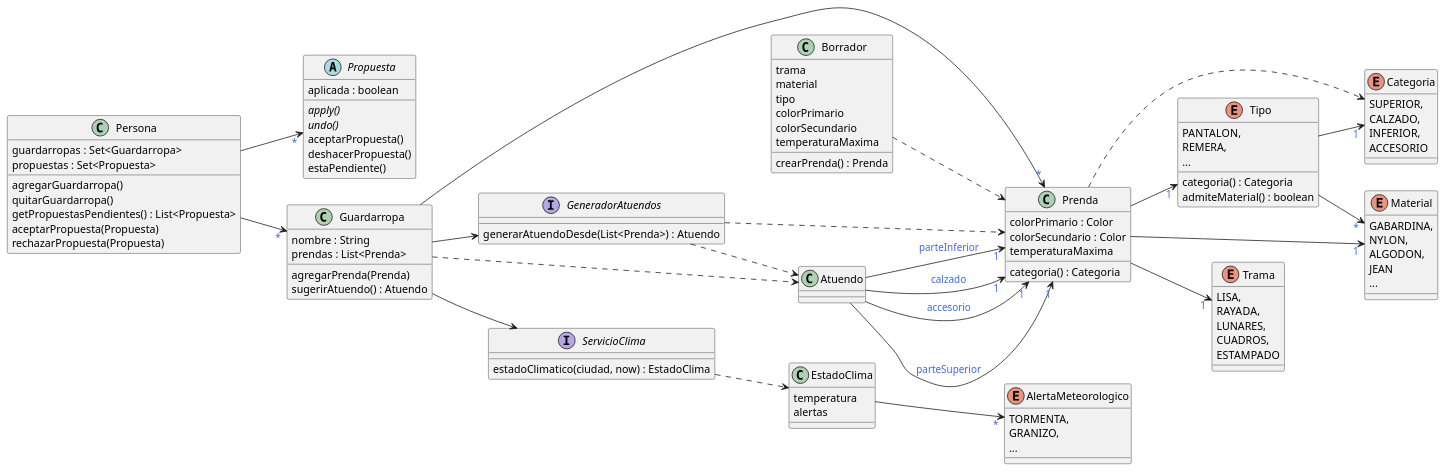
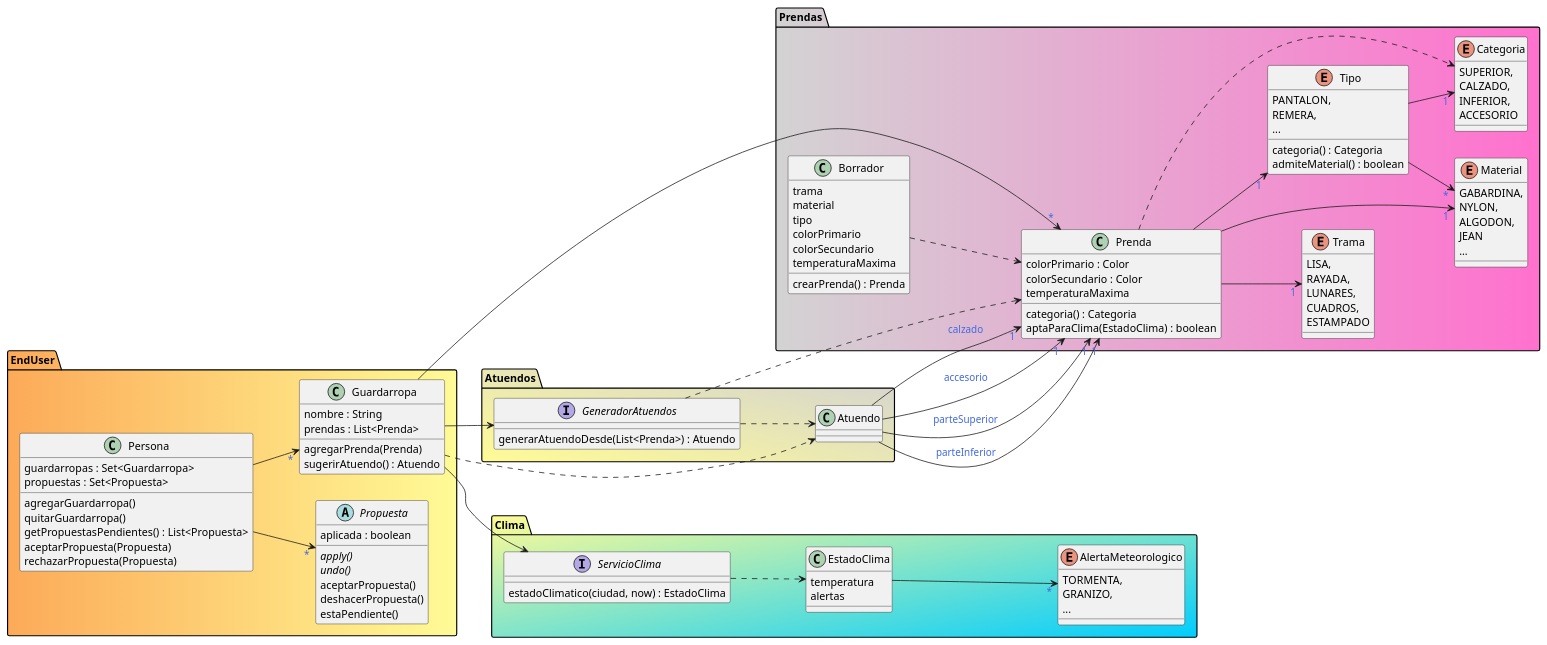
The diagram in assets/qmp.puml (ariel-/tp-dds-qmp), drawn with PlantUML before and after one commit.

Commit message:
Agrupo en unidades semánticas. Coloritoz!!!

```diff
--- a/assets/qmp.puml
+++ b/assets/qmp.puml
@@ -1,140 +1,147 @@
 @startuml
 left to right direction
 skinparam backgroundColor transparent
 skinparam arrowFontColor royalblue
 
-together {
-    class Prenda {
-        colorPrimario : Color
-        colorSecundario : Color
-        temperaturaMaxima
-        categoria() : Categoria
-    }
-
+package "Prendas" #lightgray|FF71CE {
     enum Trama {
         LISA,
         RAYADA,
         LUNARES,
         CUADROS,
         ESTAMPADO
     }
 
     enum Material {
         GABARDINA,
         NYLON,
         ALGODON,
         JEAN
         ...
     }
 
     enum Tipo {
         PANTALON,
         REMERA,
         ...
 
         categoria() : Categoria
         admiteMaterial() : boolean
     }
 
     enum Categoria {
         SUPERIOR,
         CALZADO,
         INFERIOR,
         ACCESORIO
     }
 
+    class Prenda {
+        colorPrimario : Color
+        colorSecundario : Color
+        temperaturaMaxima
+        categoria() : Categoria
+        aptaParaClima(EstadoClima) : boolean
+    }
+
+    class Borrador {
+        trama
+        material
+        tipo
+        colorPrimario
+        colorSecundario
+        temperaturaMaxima
+
+        crearPrenda() : Prenda
+    }
+
     Prenda --> "1" Material
     Prenda --> "1" Trama
     Prenda --> "1" Tipo
 
     Prenda ..> Categoria
 
     Tipo --> "1" Categoria
     Tipo --> "*" Material
+
+    Borrador ..> Prenda
 }
 
-class Borrador {
-    trama
-    material
-    tipo
-    colorPrimario
-    colorSecundario
-    temperaturaMaxima
+package "Atuendos" #FFFB96\lightgray {
+    interface GeneradorAtuendos {
+        generarAtuendoDesde(List<Prenda>) : Atuendo
+    }
 
-    crearPrenda() : Prenda
+    class Atuendo {
+    }
+
+    Atuendo --> "1" Prenda : parteSuperior
+    Atuendo --> "1" Prenda : parteInferior
+    Atuendo --> "1" Prenda : calzado
+    Atuendo --> "1" Prenda : accesorio
+
+    GeneradorAtuendos ..> Prenda
+    GeneradorAtuendos ..> Atuendo
 }
 
-interface GeneradorAtuendos {
-    generarAtuendoDesde(List<Prenda>) : Atuendo
+package "Clima" #FFFB96/01CDFE {
+    enum AlertaMeteorologico {
+        TORMENTA,
+        GRANIZO,
+        ...
+    }
+
+    class EstadoClima {
+        temperatura
+        alertas
+    }
+
+    interface ServicioClima {
+        estadoClimatico(ciudad, now) : EstadoClima
+    }
+
+    EstadoClima --> "*" AlertaMeteorologico
+
+    ServicioClima ..> EstadoClima
 }
 
-class Atuendo {
+package "EndUser" #FCAA58|FFFB96 {
+    class Persona {
+        guardarropas : Set<Guardarropa>
+        propuestas : Set<Propuesta>
+
+        agregarGuardarropa()
+        quitarGuardarropa()
+        getPropuestasPendientes() : List<Propuesta>
+        aceptarPropuesta(Propuesta)
+        rechazarPropuesta(Propuesta)
+    }
+
+    ' Command pattern :)
+    abstract class Propuesta {
+        aplicada : boolean
+
+        {abstract} apply()
+        {abstract} undo()
+        aceptarPropuesta()
+        deshacerPropuesta()
+        estaPendiente()
+    }
+
+    class Guardarropa {
+        nombre : String
+        prendas : List<Prenda>
+
+        agregarPrenda(Prenda)
+        sugerirAtuendo() : Atuendo
+    }
+
+    Guardarropa --> GeneradorAtuendos
+    Guardarropa --> ServicioClima
+    Guardarropa --> "*" Prenda
+    Guardarropa ..> Atuendo
+
+    Persona --> "*" Propuesta
+    Persona --> "*" Guardarropa
 }
-
-enum AlertaMeteorologico {
-    TORMENTA,
-    GRANIZO,
-    ...
-}
-
-class EstadoClima {
-    temperatura
-    alertas
-}
-
-interface ServicioClima {
-    estadoClimatico(ciudad, now) : EstadoClima
-}
-
-Borrador ..> Prenda
-
-Atuendo --> "1" Prenda : parteSuperior
-Atuendo --> "1" Prenda : parteInferior
-Atuendo --> "1" Prenda : calzado
-Atuendo --> "1" Prenda : accesorio
-
-GeneradorAtuendos ..> Prenda
-GeneradorAtuendos ..> Atuendo
-
-EstadoClima --> "*" AlertaMeteorologico
-
-ServicioClima ..> EstadoClima
-
-class Persona {
-    guardarropas : Set<Guardarropa>
-    propuestas : Set<Propuesta>
-
-    agregarGuardarropa()
-    quitarGuardarropa()
-    getPropuestasPendientes() : List<Propuesta>
-    aceptarPropuesta(Propuesta)
-    rechazarPropuesta(Propuesta)
-}
-
-' Command pattern :)
-abstract class Propuesta {
-    aplicada : boolean
-
-    {abstract} apply()
-    {abstract} undo()
-    aceptarPropuesta()
-    deshacerPropuesta()
-    estaPendiente()
-}
-
-class Guardarropa {
-    nombre : String
-    prendas : List<Prenda>
-
-    agregarPrenda(Prenda)
-    sugerirAtuendo() : Atuendo
-}
-
-Guardarropa --> GeneradorAtuendos
-Guardarropa --> ServicioClima
-Guardarropa --> "*" Prenda
-Guardarropa ..> Atuendo
-
-Persona --> "*" Propuesta
-Persona --> "*" Guardarropa
 @enduml
```
